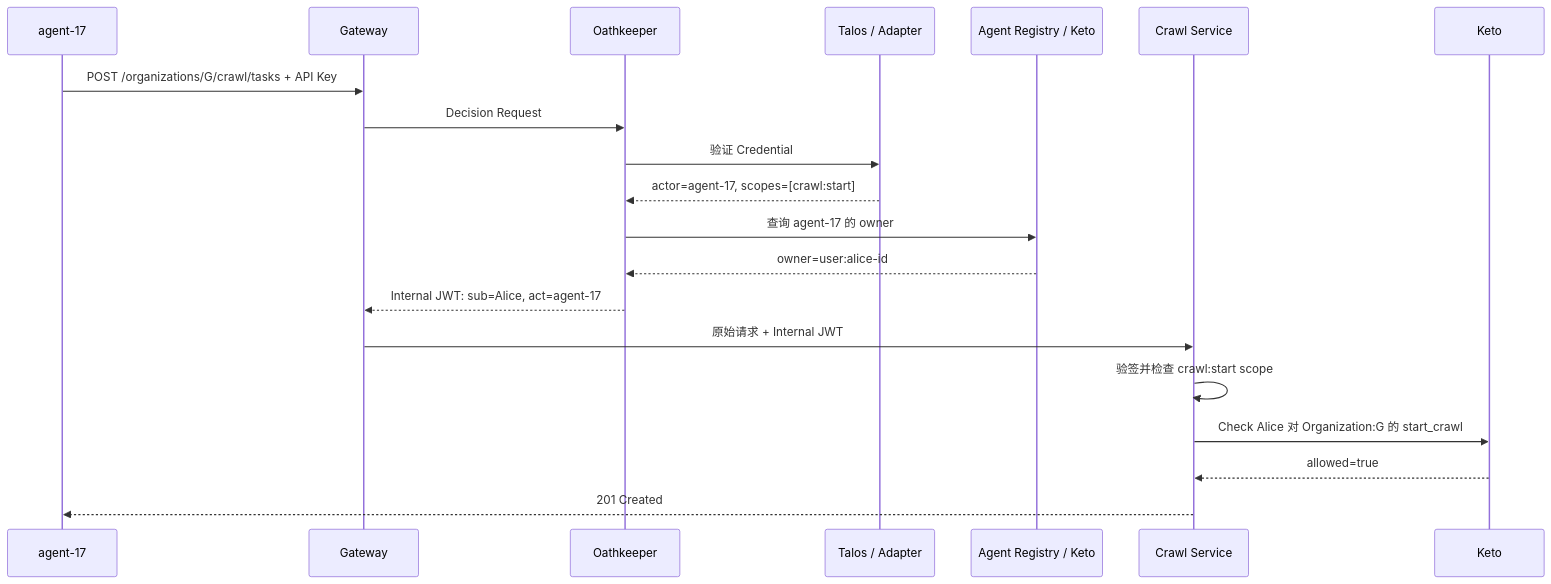
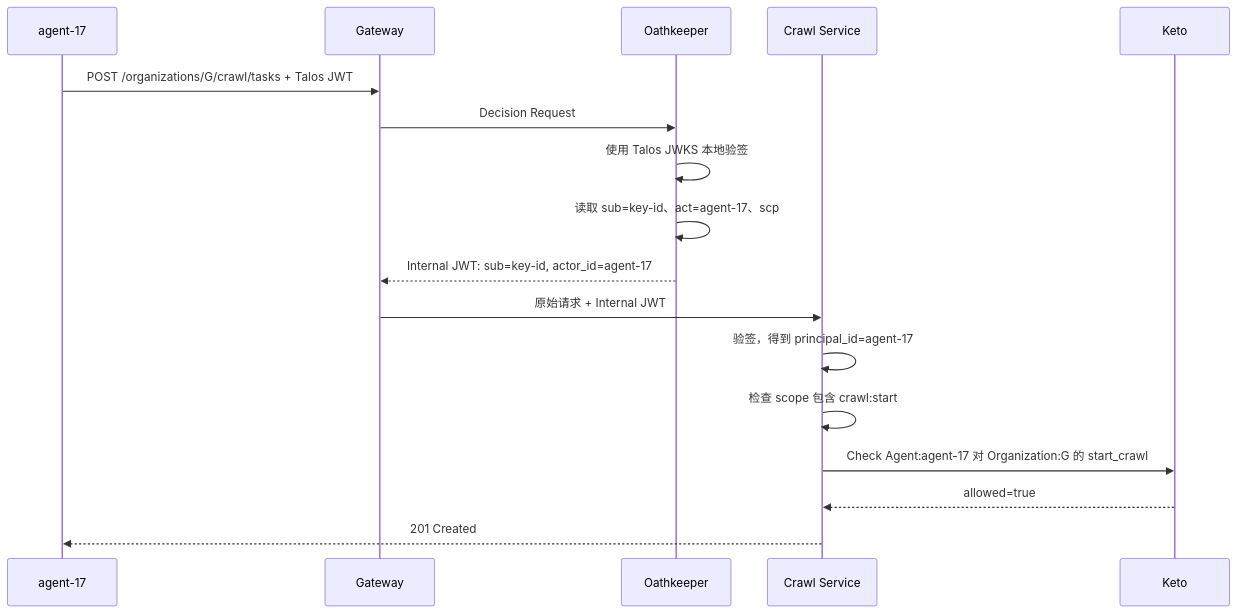
The fourth of 4 diagrams in posts/microservices/auth/010_ory_talos.md (hotttao/backup), drawn with Mermaid before and after one commit. The commit also changed other lines of this file and 8 other files, not shown here.

````diff
--- a/posts/microservices/auth/010_ory_talos.md
+++ b/posts/microservices/auth/010_ory_talos.md
@@ -682,23 +733,20 @@
 ```mermaid
 sequenceDiagram
     participant A as agent-17
     participant G as Gateway
     participant O as Oathkeeper
-    participant T as Talos / Adapter
-    participant R as Agent Registry / Keto
     participant S as Crawl Service
     participant K as Keto
 
-    A->>G: POST /organizations/G/crawl/tasks + API Key
+    A->>G: POST /organizations/G/crawl/tasks + Talos JWT
     G->>O: Decision Request
-    O->>T: 验证 Credential
-    T-->>O: actor=agent-17, scopes=[crawl:start]
-    O->>R: 查询 agent-17 的 owner
-    R-->>O: owner=user:alice-id
-    O-->>G: Internal JWT: sub=Alice, act=agent-17
+    O->>O: 使用 Talos JWKS 本地验签
+    O->>O: 读取 sub=key-id、act=agent-17、scp
+    O-->>G: Internal JWT: sub=key-id, actor_id=agent-17
     G->>S: 原始请求 + Internal JWT
-    S->>S: 验签并检查 crawl:start scope
-    S->>K: Check Alice 对 Organization:G 的 start_crawl
+    S->>S: 验签，得到 principal_id=agent-17
+    S->>S: 检查 scope 包含 crawl:start
+    S->>K: Check Agent:agent-17 对 Organization:G 的 start_crawl
     K-->>S: allowed=true
     S-->>A: 201 Created
 ```
````
